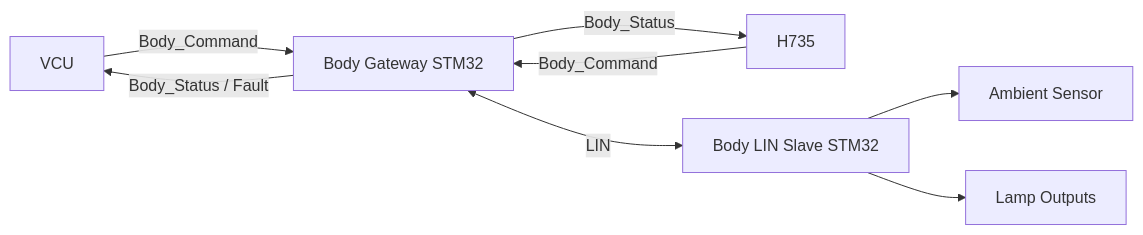
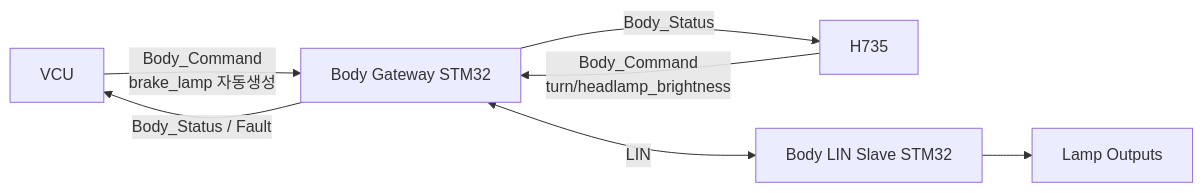
The first of 4 diagrams in docs/ecus/Lighting_LIN_CAN/ARCHITECTURE.md (sunmaan22/SDV_MCU_Project), drawn with Mermaid before and after one commit. The commit also changed other lines of this file and 28 other files, not shown here.

````diff
--- a/docs/ecus/Lighting_LIN_CAN/ARCHITECTURE.md
+++ b/docs/ecus/Lighting_LIN_CAN/ARCHITECTURE.md
@@ -89,10 +94,9 @@
 ```mermaid
 flowchart LR
-    VCU[VCU] -->|Body_Command| GW[Body Gateway STM32]
-    HMI[H735] -->|Body_Command| GW
+    VCU[VCU] -->|Body_Command<br/>brake_lamp 자동생성| GW[Body Gateway STM32]
+    HMI[H735] -->|Body_Command<br/>turn/headlamp_brightness| GW
     GW -->|Body_Status / Fault| VCU
     GW -->|Body_Status| HMI
     GW <-->|LIN| SLAVE[Body LIN Slave STM32]
-    SLAVE --> AMB[Ambient Sensor]
     SLAVE --> LAMP[Lamp Outputs]
 ```
````
